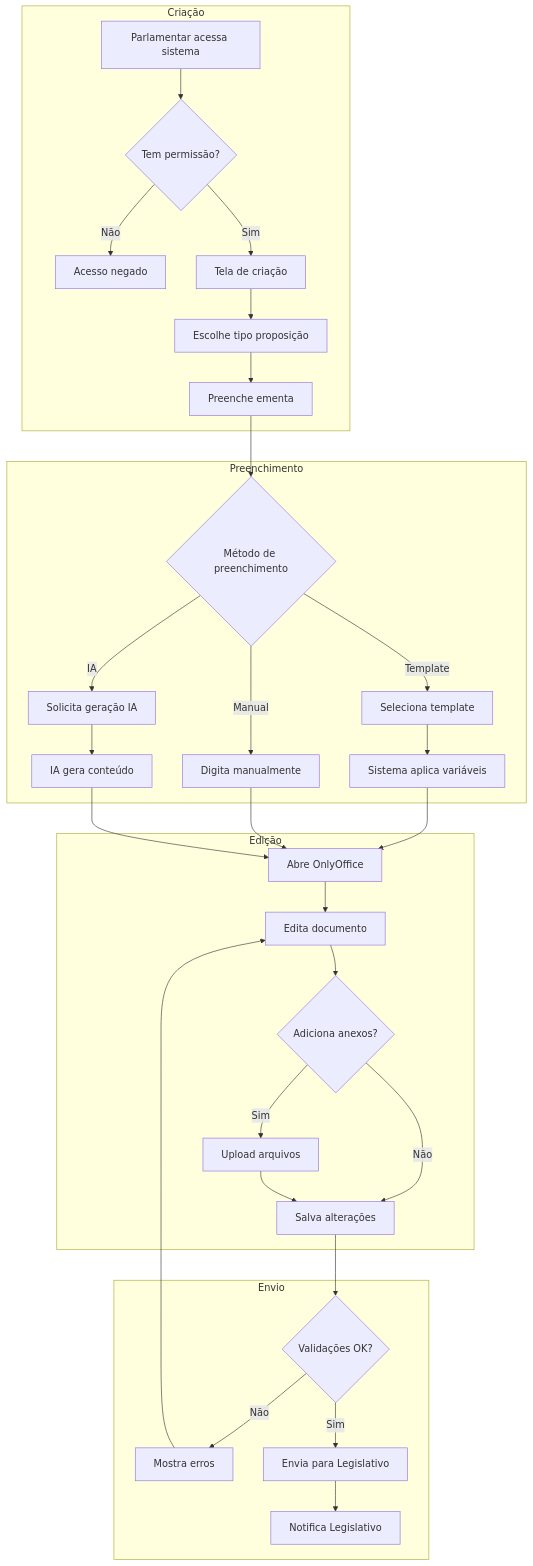
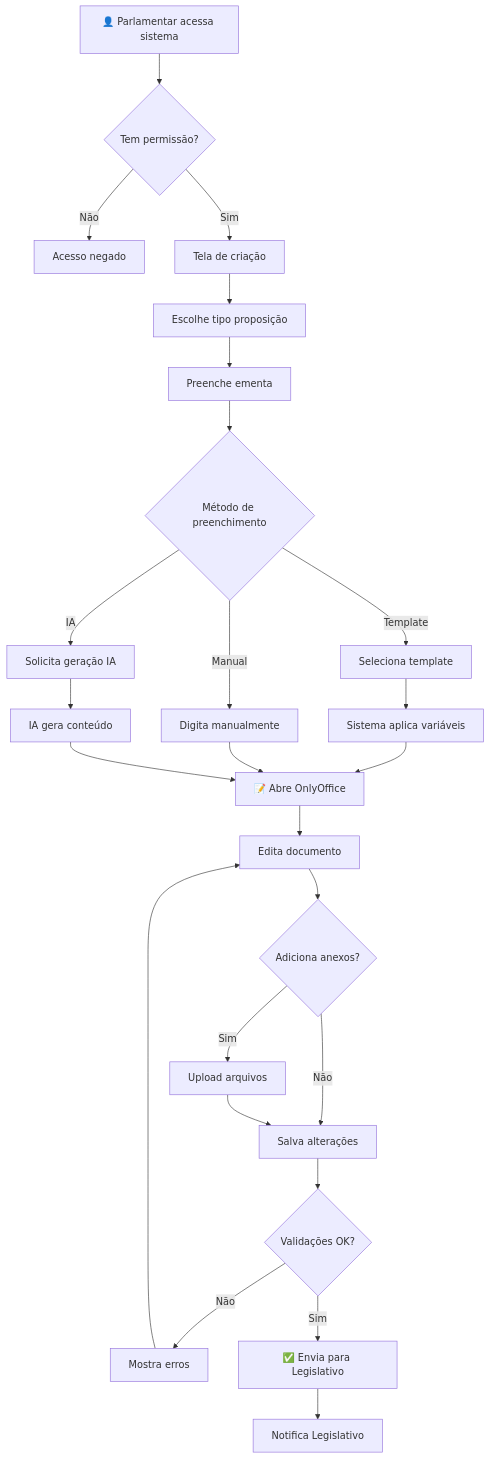
Before and after one commit to rangelbruno/legisinc-v3: diagram 11 of 19 in docs/FLUXO-PROPOSICOES-MERMAID.md, drawn with Mermaid. The commit also changed other lines of this file and 21 other files, not shown here.

Commit message:
docs(architecture): add complete system architecture and operational flow diagrams

````diff
--- a/docs/FLUXO-PROPOSICOES-MERMAID.md
+++ b/docs/FLUXO-PROPOSICOES-MERMAID.md
@@ -487,63 +467,56 @@
 ```mermaid
-flowchart TD
-    subgraph Criação
-        A1[Parlamentar acessa sistema]
-        A2{Tem permissão?}
-        A3[Acesso negado]
-        A4[Tela de criação]
-        A5[Escolhe tipo proposição]
-        A6[Preenche ementa]
-        
-        A1 --> A2
-        A2 -->|Não| A3
-        A2 -->|Sim| A4
-        A4 --> A5
-        A5 --> A6
-    end
-    
-    subgraph Preenchimento
-        B1{Método de preenchimento}
-        B2[Seleciona template]
-        B3[Sistema aplica variáveis]
-        B4[Digita manualmente]
-        B5[Solicita geração IA]
-        B6[IA gera conteúdo]
-        
-        A6 --> B1
-        B1 -->|Template| B2
-        B2 --> B3
-        B1 -->|Manual| B4
-        B1 -->|IA| B5
-        B5 --> B6
-    end
-    
-    subgraph Edição
-        C1[Abre OnlyOffice]
-        C2[Edita documento]
-        C3{Adiciona anexos?}
-        C4[Upload arquivos]
-        C5[Salva alterações]
-        
-        B3 --> C1
-        B4 --> C1
-        B6 --> C1
-        C1 --> C2
-        C2 --> C3
-        C3 -->|Sim| C4
-        C3 -->|Não| C5
-        C4 --> C5
-    end
-    
-    subgraph Envio
-        D1{Validações OK?}
-        D2[Mostra erros]
-        D3[Envia para Legislativo]
-        D4[Notifica Legislativo]
-        
-        C5 --> D1
-        D1 -->|Não| D2
-        D2 --> C2
-        D1 -->|Sim| D3
-        D3 --> D4
-    end
+graph TD
+    %% Criação
+    A1[👤 Parlamentar acessa sistema]
+    A2{Tem permissão?}
+    A3[Acesso negado]
+    A4[Tela de criação]
+    A5[Escolhe tipo proposição]
+    A6[Preenche ementa]
+
+    %% Preenchimento
+    B1{Método de preenchimento}
+    B2[Seleciona template]
+    B3[Sistema aplica variáveis]
+    B4[Digita manualmente]
+    B5[Solicita geração IA]
+    B6[IA gera conteúdo]
+
+    %% Edição
+    C1[📝 Abre OnlyOffice]
+    C2[Edita documento]
+    C3{Adiciona anexos?}
+    C4[Upload arquivos]
+    C5[Salva alterações]
+
+    %% Envio
+    D1{Validações OK?}
+    D2[Mostra erros]
+    D3[✅ Envia para Legislativo]
+    D4[Notifica Legislativo]
+
+    A1 --> A2
+    A2 -->|Não| A3
+    A2 -->|Sim| A4
+    A4 --> A5
+    A5 --> A6
+    A6 --> B1
+    B1 -->|Template| B2
+    B2 --> B3
+    B1 -->|Manual| B4
+    B1 -->|IA| B5
+    B5 --> B6
+    B3 --> C1
+    B4 --> C1
+    B6 --> C1
+    C1 --> C2
+    C2 --> C3
+    C3 -->|Sim| C4
+    C3 -->|Não| C5
+    C4 --> C5
+    C5 --> D1
+    D1 -->|Não| D2
+    D2 --> C2
+    D1 -->|Sim| D3
+    D3 --> D4
 ```
````
